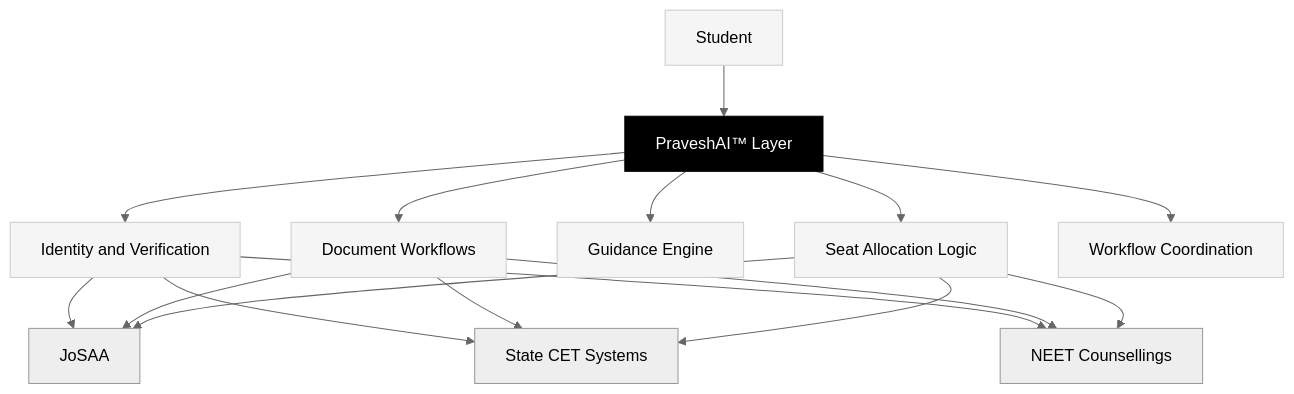
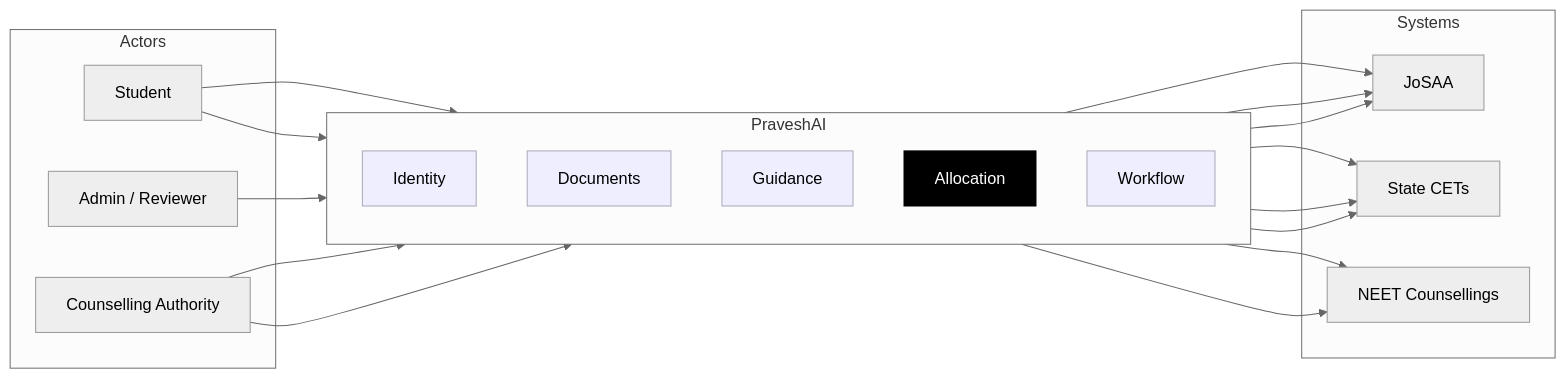
One commit to aashrutsharma2/docs changed the diagram in praveshai/overview.mdx. Above: the diagram before and after it, drawn with Mermaid (neutral theme). The commit also changed other lines of this file and 4 other files, not shown here.

````diff
--- a/praveshai/overview.mdx
+++ b/praveshai/overview.mdx
@@ -14,26 +13,44 @@
 ```mermaid
-graph TD
-    S[Student] --> P[PraveshAI™ Layer]
-    P --> ID[Identity and Verification]
-    P --> DOC[Document Workflows]
-    P --> G[Guidance Engine]
-    P --> ALLOC[Seat Allocation Logic]
-    P --> WF[Workflow Coordination]
-    ID --> C1[JoSAA]
-    ID --> C2[State CET Systems]
-    ID --> C3[NEET Counsellings]
+graph LR
+    subgraph Actors
+        S[Student]
+        A[Admin / Reviewer]
+        CA[Counselling Authority]
+    end
+
+    subgraph PraveshAI
+        direction TB
+        ID[Identity]
+        DOC[Documents]
+        G[Guidance]
+        ALLOC[Allocation]
+        WF[Workflow]
+    end
+
+    subgraph Systems
+        C1[JoSAA]
+        C2[State CETs]
+        C3[NEET Counsellings]
+    end
+
+    S --> ID
+    S --> G
+    A --> DOC
+    CA --> ALLOC
+    CA --> WF
+
+    ID --> C1
+    ID --> C2
+    ID --> C3
     DOC --> C1
     DOC --> C2
-    DOC --> C3
     ALLOC --> C1
     ALLOC --> C2
     ALLOC --> C3
 
-    style P fill:#000000,color:#ffffff,stroke:#000000
-    style S fill:#f5f5f5,stroke:#cccccc
-    style ID fill:#f5f5f5,stroke:#cccccc
-    style DOC fill:#f5f5f5,stroke:#cccccc
-    style G fill:#f5f5f5,stroke:#cccccc
-    style ALLOC fill:#f5f5f5,stroke:#cccccc
-    style WF fill:#f5f5f5,stroke:#cccccc
+    style ID fill:#eef,stroke:#aab
+    style DOC fill:#eef,stroke:#aab
+    style G fill:#eef,stroke:#aab
+    style ALLOC fill:#000,color:#fff,stroke:#000
+    style WF fill:#eef,stroke:#aab
 ```
````
